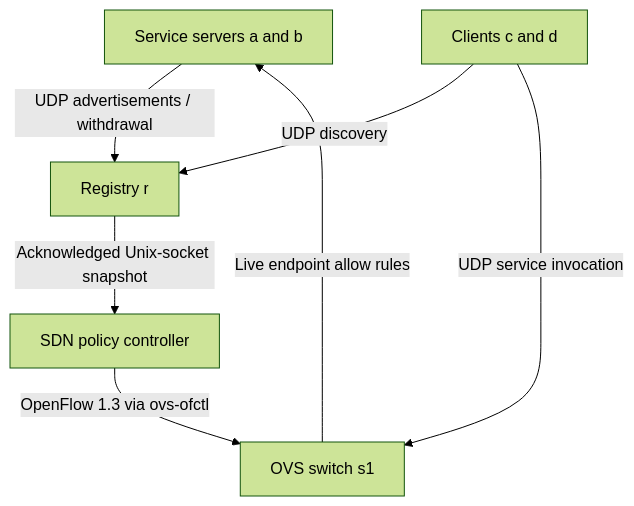
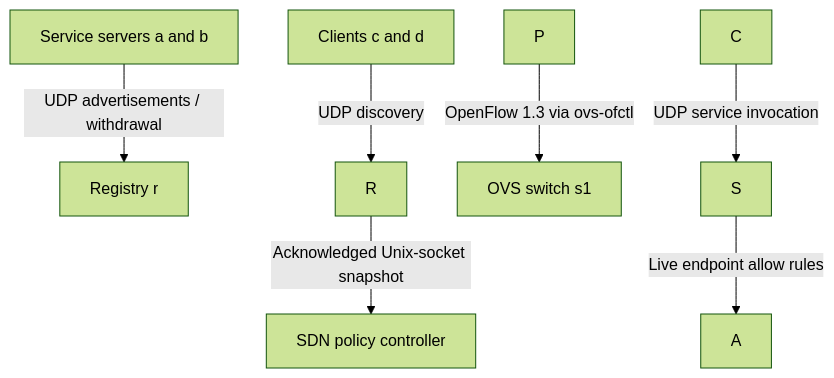
One commit to sanjey-raj/sdn-service-discovery changed the diagram in README.md. Above: the diagram before and after it, drawn with Mermaid (forest theme). The commit also changed other lines of this file, not shown here.

````diff
--- a/README.md
+++ b/README.md
@@ -50,9 +49,9 @@
 ```mermaid
 flowchart TD
-    A["Service servers a and b"] -->|"UDP advertisements / withdrawal"| R["Registry r"]
-    C["Clients c and d"] -->|"UDP discovery"| R
-    R -->|"Acknowledged Unix-socket snapshot"| P["SDN policy controller"]
-    P -->|"OpenFlow 1.3 via ovs-ofctl"| S["OVS switch s1"]
+    A\["Service servers a and b"] -->|"UDP advertisements / withdrawal"| R\["Registry r"]
+    C\["Clients c and d"] -->|"UDP discovery"| R
+    R -->|"Acknowledged Unix-socket snapshot"| P\["SDN policy controller"]
+    P -->|"OpenFlow 1.3 via ovs-ofctl"| S\["OVS switch s1"]
     C -->|"UDP service invocation"| S
     S -->|"Live endpoint allow rules"| A
 ```
````
